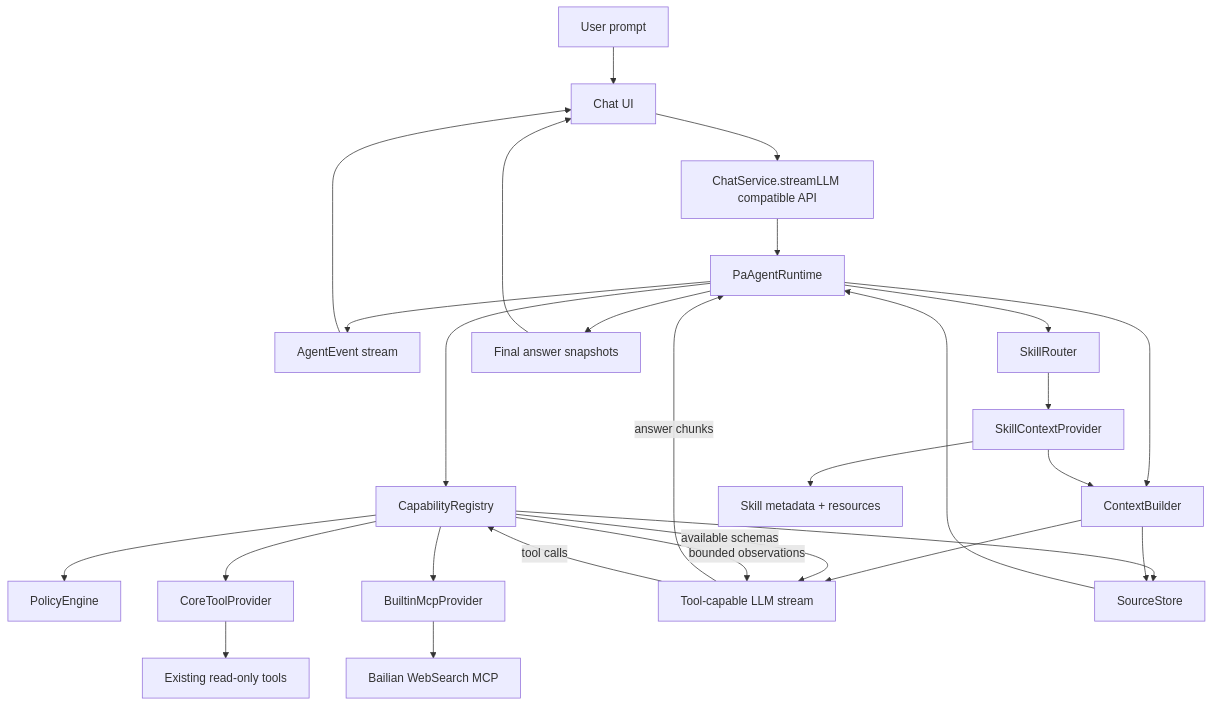
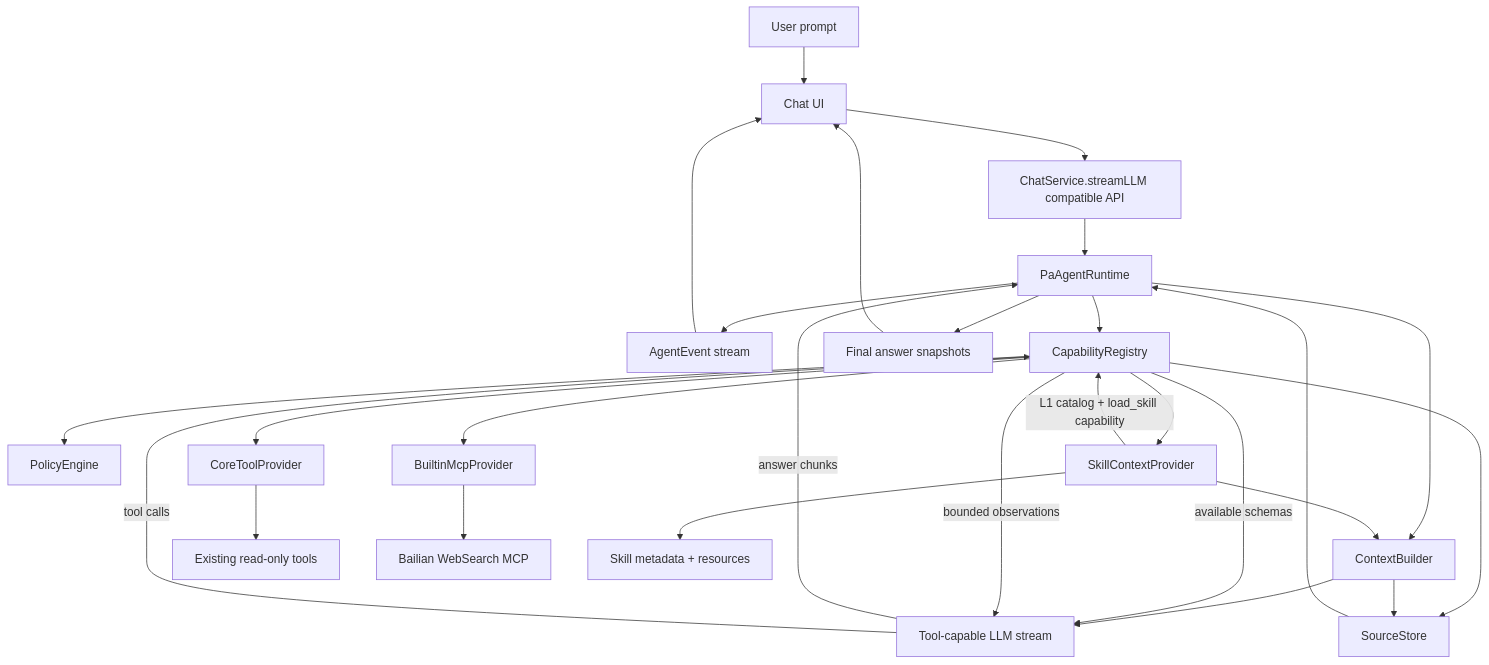
One commit to edonyzpc/personal-assistant changed the first of 3 diagrams in docs/pa-agent-architecture-plan.md. Above: the diagram before and after it, drawn with Mermaid. The commit also changed other lines of this file and 2 other files, not shown here.

Commit message:
docs(pa-agent): update canonical runtime architecture notes

````diff
--- a/docs/pa-agent-architecture-plan.md
+++ b/docs/pa-agent-architecture-plan.md
@@ -81,43 +81,41 @@
 ```mermaid
 flowchart TD
   User["User prompt"]
   ChatView["Chat UI"]
   ChatService["ChatService.streamLLM compatible API"]
   Runtime["PaAgentRuntime"]
   Events["AgentEvent stream"]
   Registry["CapabilityRegistry"]
   Policy["PolicyEngine"]
   CoreProvider["CoreToolProvider"]
   McpProvider["BuiltinMcpProvider"]
   SkillProvider["SkillContextProvider"]
-  SkillRouter["SkillRouter"]
   ContextBuilder["ContextBuilder"]
   LLM["Tool-capable LLM stream"]
   SourceStore["SourceStore"]
   Answer["Final answer snapshots"]
 
   CoreTools["Existing read-only tools"]
   WebSearch["Bailian WebSearch MCP"]
   Skills["Skill metadata + resources"]
 
   User --> ChatView --> ChatService --> Runtime
   Runtime --> Events --> ChatView
   Runtime --> Registry
-  Runtime --> SkillRouter
   Runtime --> ContextBuilder
   Registry --> Policy
   Registry --> CoreProvider --> CoreTools
   Registry --> McpProvider --> WebSearch
-  SkillProvider --> Skills
-  SkillRouter --> SkillProvider
+  Registry --> SkillProvider --> Skills
+  SkillProvider -->|"L1 catalog + load_skill capability"| Registry
   SkillProvider --> ContextBuilder
   ContextBuilder --> LLM
   Registry -->|"available schemas"| LLM
   LLM -->|"answer chunks"| Runtime
   LLM -->|"tool calls"| Registry
   Registry -->|"bounded observations"| LLM
   Registry --> SourceStore
   ContextBuilder --> SourceStore
   SourceStore --> Runtime
   Runtime --> Answer --> ChatView
 ```
````
